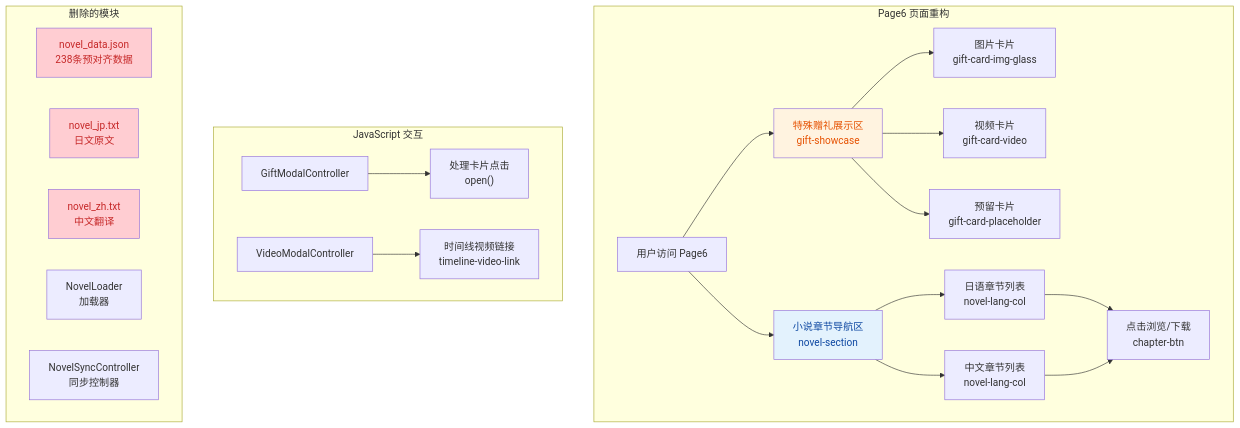
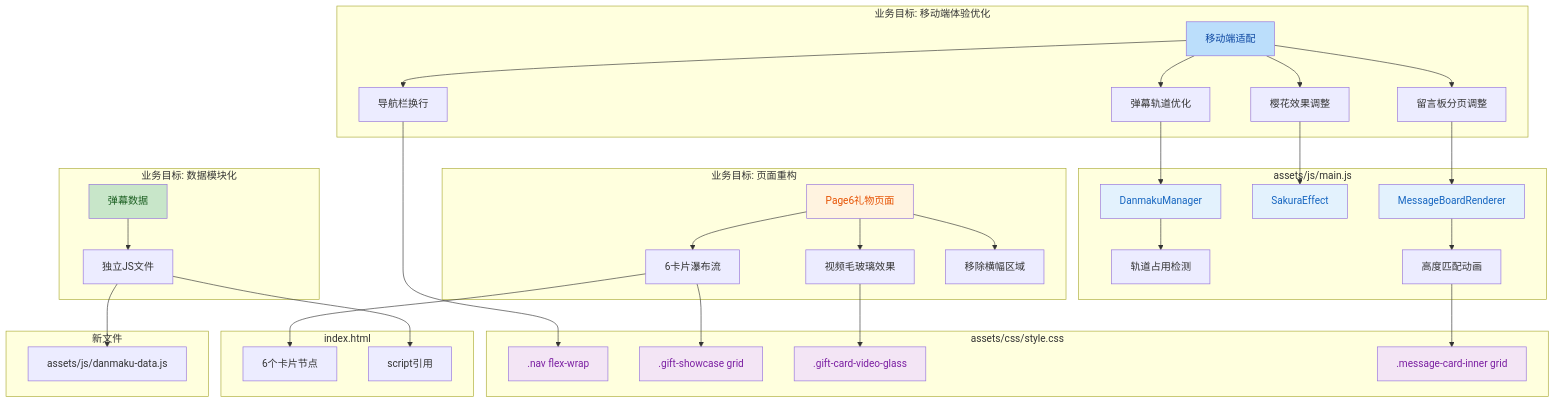
The diagram in README.md (SunsetShimmer381/okayu-birthday-site), drawn with Mermaid before and after one commit. The commit also changed other lines of this file and 8 other files, not shown here.

````diff
--- a/README.md
+++ b/README.md
@@ -17,36 +15,54 @@
 ```mermaid
 graph TD
-    subgraph "Page6 页面重构"
-        A["用户访问 Page6"] --> B["特殊赠礼展示区<br/>gift-showcase"]
-        A --> C["小说章节导航区<br/>novel-section"]
-        
-        B --> B1["图片卡片<br/>gift-card-img-glass"]
-        B --> B2["视频卡片<br/>gift-card-video"]
-        B --> B3["预留卡片<br/>gift-card-placeholder"]
-        
-        C --> C1["日语章节列表<br/>novel-lang-col"]
-        C --> C2["中文章节列表<br/>novel-lang-col"]
-        
-        C1 --> D["点击浏览/下载<br/>chapter-btn"]
-        C2 --> D
+    subgraph "业务目标: 移动端体验优化"
+        A[移动端适配] --> B[导航栏换行]
+        A --> C[弹幕轨道优化]
+        A --> D[樱花效果调整]
+        A --> E[留言板分页调整]
     end
     
-    subgraph "JavaScript 交互"
-        E["GiftModalController"] --> F["处理卡片点击<br/>open()"]
-        G["VideoModalController"] --> H["时间线视频链接<br/>timeline-video-link"]
+    subgraph "业务目标: 页面重构"
+        F[Page6礼物页面] --> G[6卡片瀑布流]
+        F --> H[视频毛玻璃效果]
+        F --> I[移除横幅区域]
     end
     
-    subgraph "删除的模块"
-        I["novel_data.json<br/>238条预对齐数据"]
-        J["novel_jp.txt<br/>日文原文"]
-        K["novel_zh.txt<br/>中文翻译"]
-        L["NovelLoader<br/>加载器"]
-        M["NovelSyncController<br/>同步控制器"]
+    subgraph "业务目标: 数据模块化"
+        J[弹幕数据] --> K[独立JS文件]
     end
     
-    style B fill:#fff3e0,color:#e65100
-    style C fill:#e3f2fd,color:#0d47a1
-    style I fill:#ffcdd2,color:#c62828
-    style J fill:#ffcdd2,color:#c62828
-    style K fill:#ffcdd2,color:#c62828
+    subgraph "assets/js/main.js"
+        C --> L[DanmakuManager]
+        D --> M[SakuraEffect]
+        E --> N[MessageBoardRenderer]
+        L --> O[轨道占用检测]
+        N --> P[高度匹配动画]
+    end
+    
+    subgraph "assets/css/style.css"
+        B --> Q[.nav flex-wrap]
+        G --> R[.gift-showcase grid]
+        H --> S[.gift-card-video-glass]
+        P --> T[.message-card-inner grid]
+    end
+    
+    subgraph "index.html"
+        G --> U[6个卡片节点]
+        K --> V[script引用]
+    end
+    
+    subgraph "新文件"
+        K --> W[assets/js/danmaku-data.js]
+    end
+    
+    style A fill:#bbdefb,color:#0d47a1
+    style F fill:#fff3e0,color:#e65100
+    style J fill:#c8e6c9,color:#1a5e20
+    style L fill:#e3f2fd,color:#1565c0
+    style M fill:#e3f2fd,color:#1565c0
+    style N fill:#e3f2fd,color:#1565c0
+    style Q fill:#f3e5f5,color:#7b1fa2
+    style R fill:#f3e5f5,color:#7b1fa2
+    style S fill:#f3e5f5,color:#7b1fa2
+    style T fill:#f3e5f5,color:#7b1fa2
 ```
````
